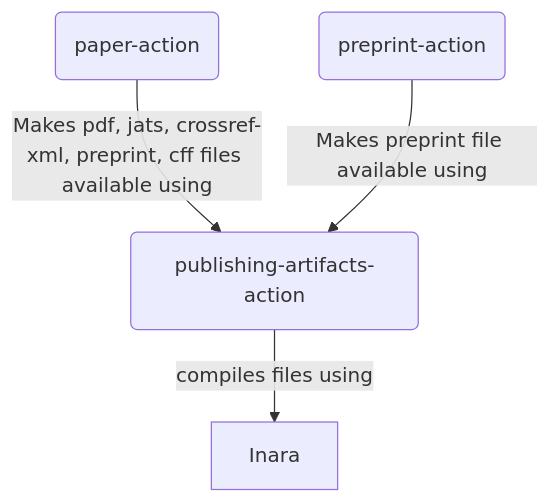
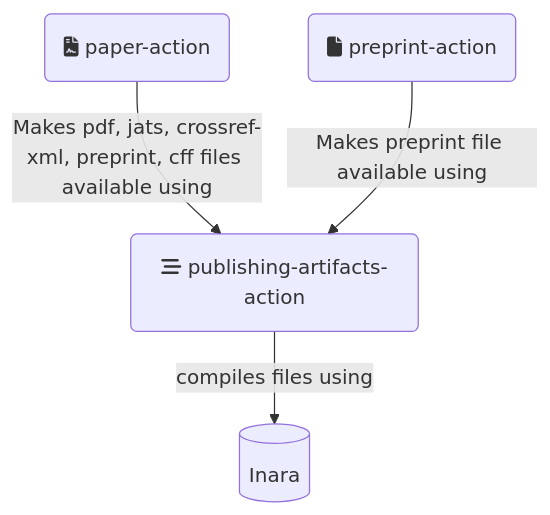
The first of 6 diagrams in github-actions.md (openjournals/joss-infra-docs), drawn with Mermaid before and after one commit. The commit also changed other lines of this file, not shown here.

````diff
--- a/github-actions.md
+++ b/github-actions.md
@@ -23,12 +23,12 @@
 ```mermaid
 flowchart TD
-  PAPER(paper-action)
-  PREPRINT(preprint-action)
-  ARTIFACTS(publishing-artifacts-action)
+  PAPER(fa:fa-file-contract paper-action)
+  PREPRINT(fa:fa-file preprint-action)
+  ARTIFACTS(fa:fa-stream publishing-artifacts-action)
     
-  Inara[Inara]    
+  Inara[(Inara)]    
 
   ARTIFACTS --> |compiles files using| Inara
   PAPER --> |Makes pdf, jats, crossref-xml, preprint, cff files available using| ARTIFACTS
   PREPRINT --> |Makes preprint file available using| ARTIFACTS
 ```
````
